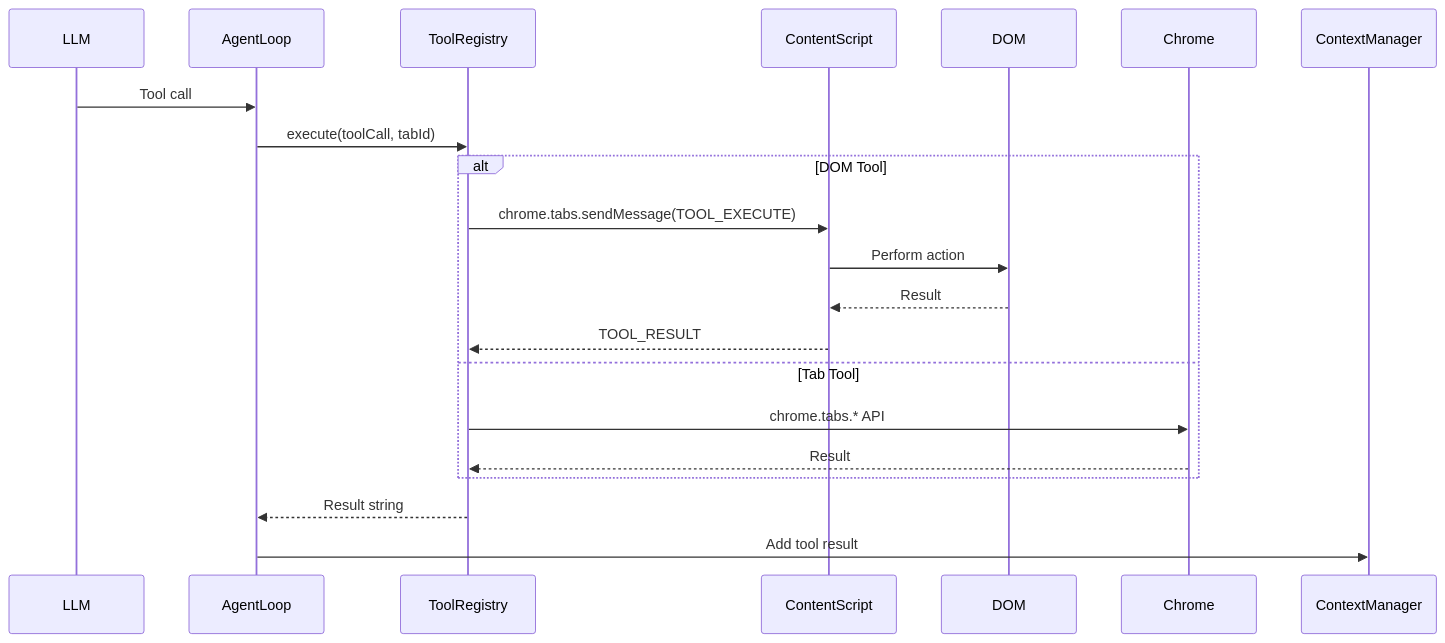
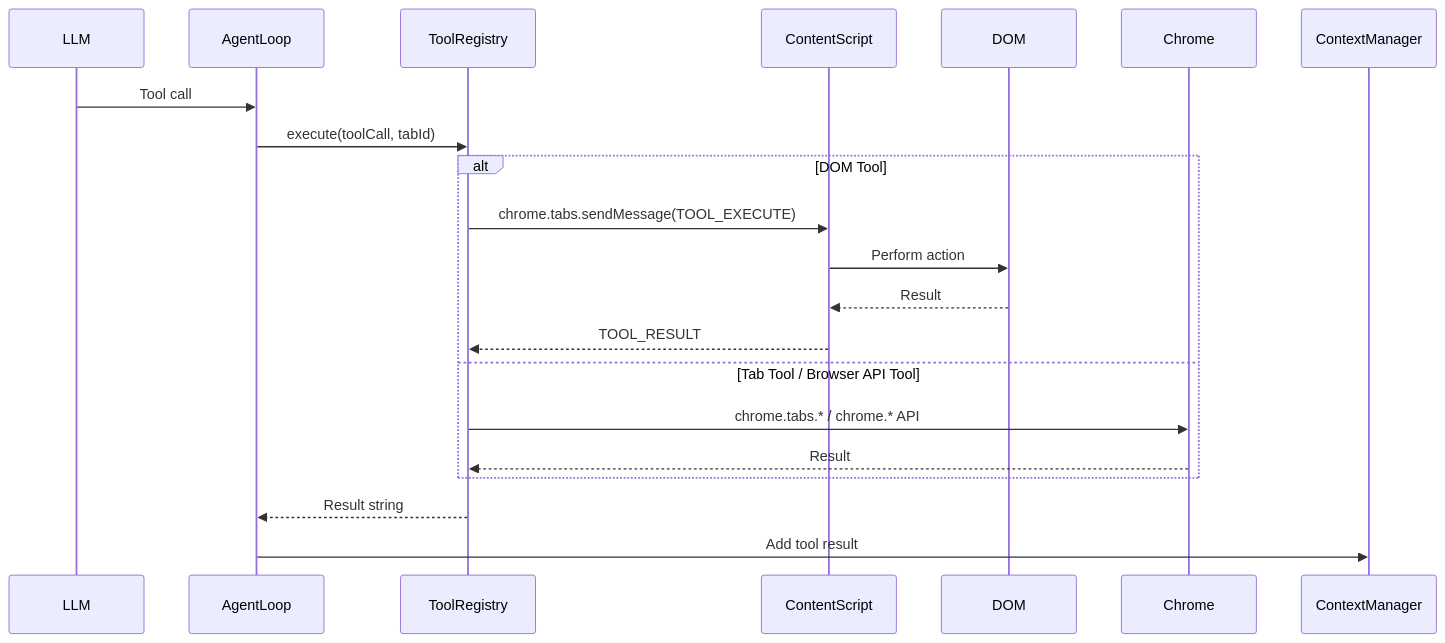
Before and after one commit to krisshkodrani/OpenSidebar: the diagram in docs/architecture/tools.md, drawn with Mermaid. The commit also changed other lines of this file and 21 other files, not shown here.

First line of the commit message:
docs: update architecture and feature documentation

````diff
--- a/docs/architecture/tools.md
+++ b/docs/architecture/tools.md
@@ -53,24 +96,24 @@
 ```mermaid
 sequenceDiagram
     participant LLM
     participant AgentLoop
     participant ToolRegistry
     participant ContentScript
     participant DOM
 
     LLM->>AgentLoop: Tool call
     AgentLoop->>ToolRegistry: execute(toolCall, tabId)
 
     alt DOM Tool
         ToolRegistry->>ContentScript: chrome.tabs.sendMessage(TOOL_EXECUTE)
         ContentScript->>DOM: Perform action
         DOM-->>ContentScript: Result
         ContentScript-->>ToolRegistry: TOOL_RESULT
-    else Tab Tool
-        ToolRegistry->>Chrome: chrome.tabs.* API
+    else Tab Tool / Browser API Tool
+        ToolRegistry->>Chrome: chrome.tabs.* / chrome.* API
         Chrome-->>ToolRegistry: Result
     end
 
     ToolRegistry-->>AgentLoop: Result string
     AgentLoop->>ContextManager: Add tool result
 ```
````
